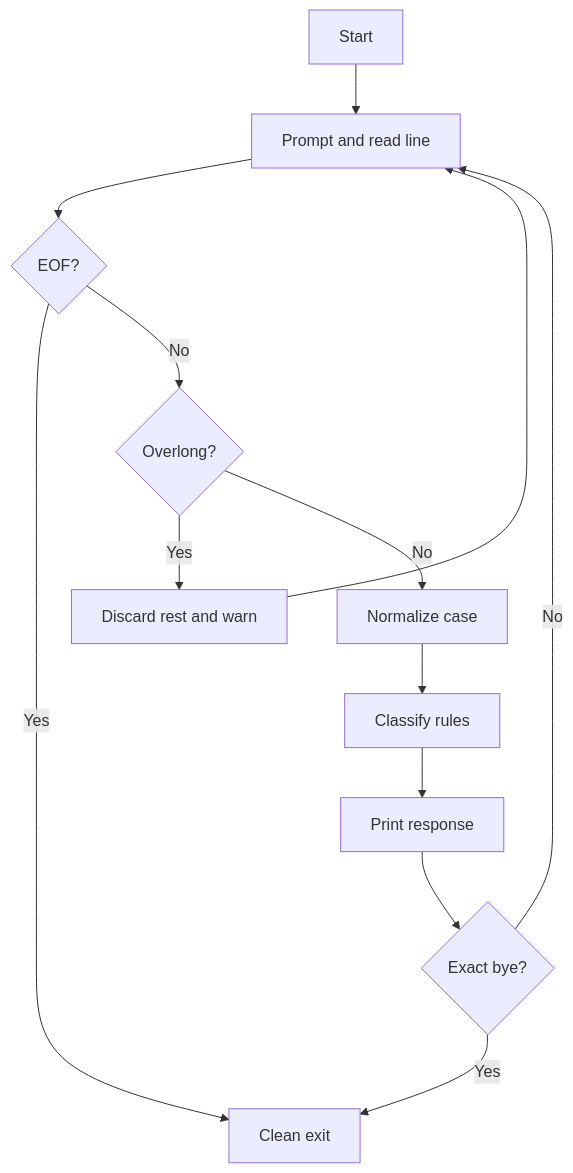
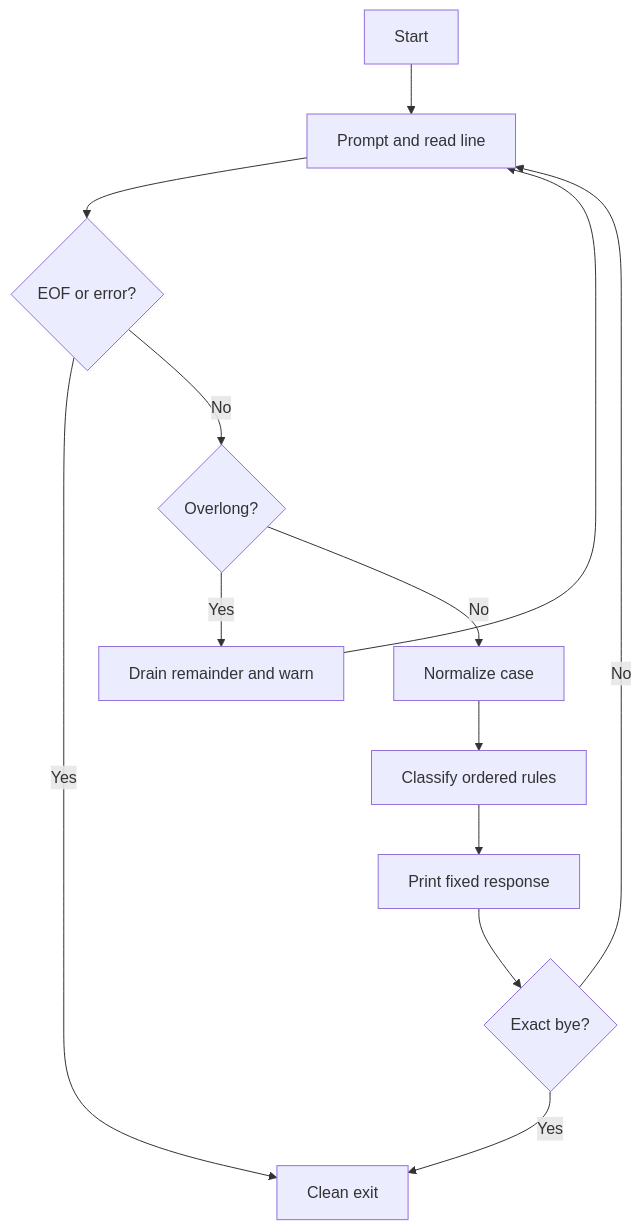
One commit to Brajesh31/chatbot-C- changed the diagram in README.md. Above: the diagram before and after it, drawn with Mermaid. The commit also changed other lines of this file and 16 other files, not shown here.

````diff
--- a/README.md
+++ b/README.md
@@ -38,15 +57,15 @@
-```mermaid
+~~~mermaid
 flowchart TD
  A[Start] --> B[Prompt and read line]
- B --> C{EOF?}
+ B --> C{EOF or error?}
  C -->|Yes| D[Clean exit]
  C -->|No| E{Overlong?}
- E -->|Yes| F[Discard rest and warn]
+ E -->|Yes| F[Drain remainder and warn]
  F --> B
  E -->|No| G[Normalize case]
- G --> H[Classify rules]
- H --> I[Print response]
+ G --> H[Classify ordered rules]
+ H --> I[Print fixed response]
  I --> J{Exact bye?}
  J -->|No| B
  J -->|Yes| D
-```
+~~~
````
